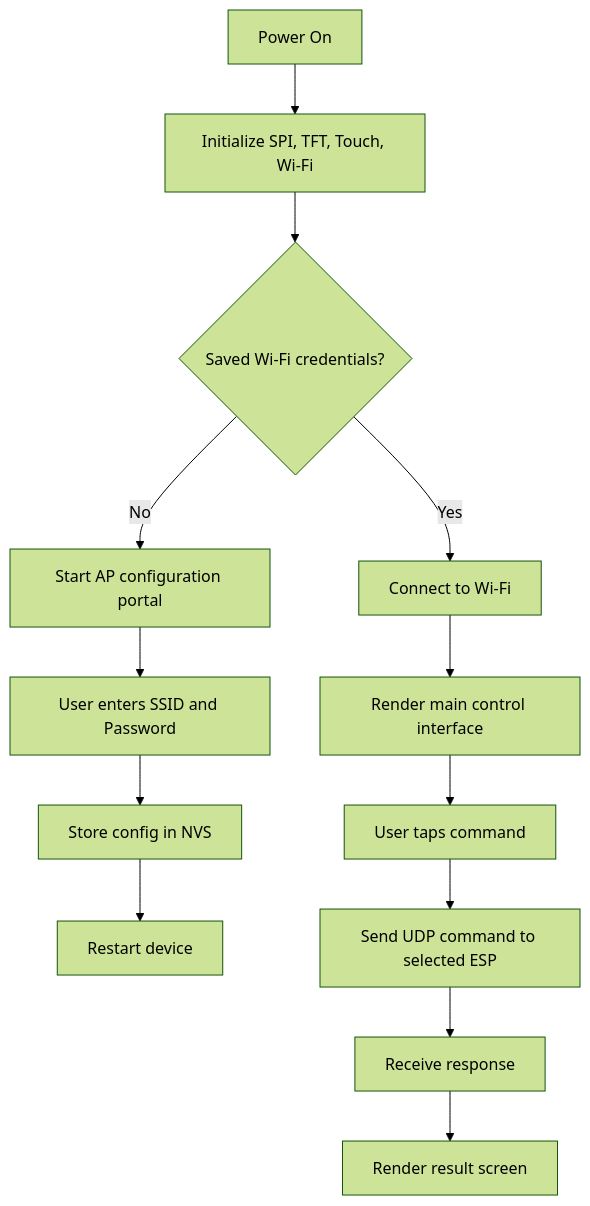
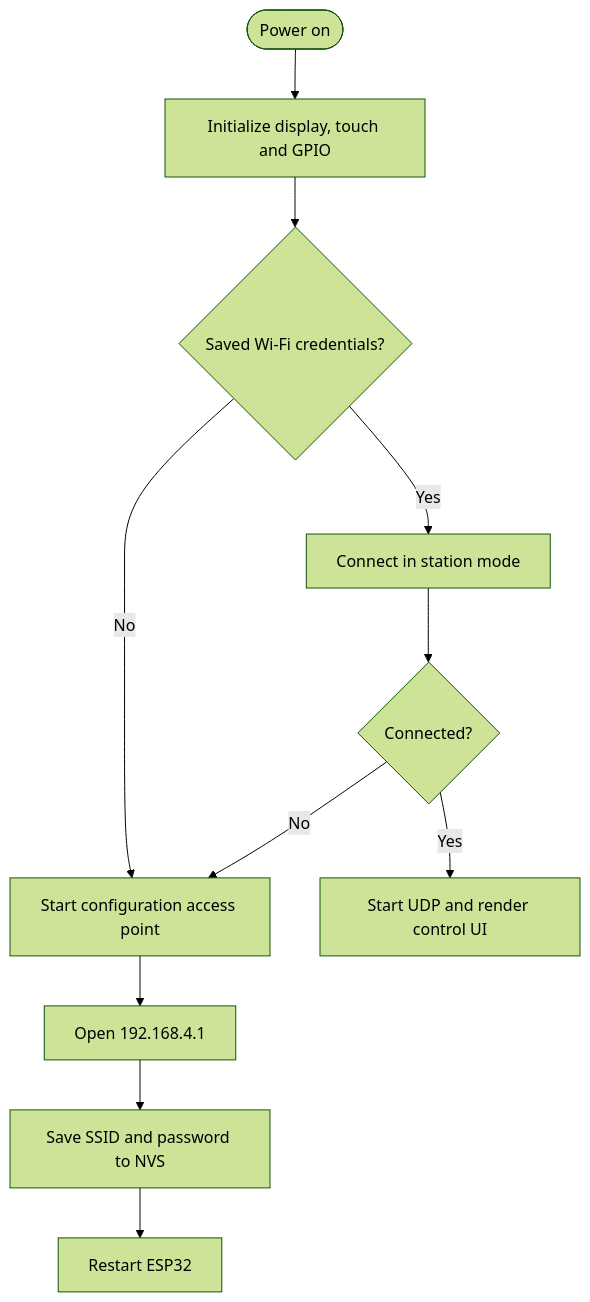
The third of 3 diagrams in README.md (paulocfmarques-collab/esp32_central), drawn with Mermaid (forest theme) before and after one commit. The commit also changed other lines of this file, not shown here.

Commit message:
Remove README rendering errors and simplify invalid diagram blocks

````diff
--- a/README.md
+++ b/README.md
@@ -382,15 +69,13 @@
 ```mermaid
 flowchart TD
-    A[Power On] --> B[Initialize SPI, TFT, Touch, Wi-Fi]
-    B --> C{Saved Wi-Fi credentials?}
-    C -- Yes --> D[Connect to Wi-Fi]
-    C -- No --> E[Start AP configuration portal]
-    D --> F[Render main control interface]
-    E --> G[User enters SSID and Password]
-    G --> H[Store config in NVS]
-    H --> I[Restart device]
-    F --> J[User taps command]
-    J --> K[Send UDP command to selected ESP]
-    K --> L[Receive response]
-    L --> M[Render result screen]
+    Start([Power on]) --> Init[Initialize display, touch and GPIO]
+    Init --> Credentials{Saved Wi-Fi credentials?}
+    Credentials -- Yes --> Connect[Connect in station mode]
+    Credentials -- No --> Portal[Start configuration access point]
+    Connect --> Connected{Connected?}
+    Connected -- Yes --> Ready[Start UDP and render control UI]
+    Connected -- No --> Portal
+    Portal --> Configure[Open 192.168.4.1]
+    Configure --> Save[Save SSID and password to NVS]
+    Save --> Restart[Restart ESP32]
 ```
````
